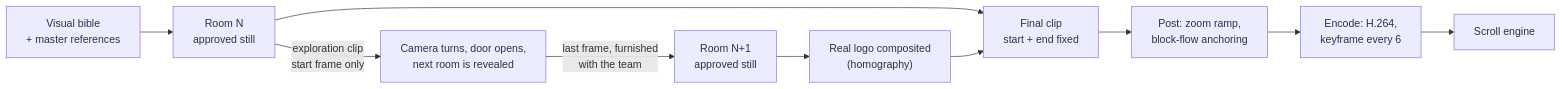
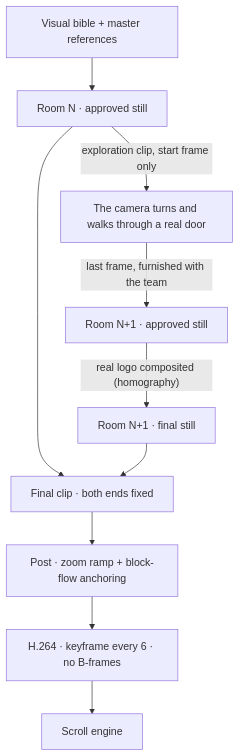
The first of 2 diagrams in README.md (danielbrosed/cesea-sistemas-case-study), drawn with Mermaid before and after one commit.

Commit message:
Lay out the production pipeline diagram vertically

````diff
--- a/README.md
+++ b/README.md
@@ -64,12 +64,12 @@
 ```mermaid
-flowchart LR
-  B["Visual bible<br/>+ master references"] --> K0["Room N<br/>approved still"]
-  K0 -->|"exploration clip<br/>start frame only"| X["Camera turns, door opens,<br/>next room is revealed"]
-  X -->|"last frame, furnished<br/>with the team"| K1["Room N+1<br/>approved still"]
-  K1 --> L["Real logo composited<br/>(homography)"]
-  K0 --> F["Final clip<br/>start + end fixed"]
+flowchart TB
+  B["Visual bible + master references"] --> K0["Room N · approved still"]
+  K0 -->|"exploration clip, start frame only"| X["The camera turns and walks through a real door"]
+  X -->|"last frame, furnished with the team"| K1["Room N+1 · approved still"]
+  K1 -->|"real logo composited (homography)"| L["Room N+1 · final still"]
+  K0 --> F["Final clip · both ends fixed"]
   L --> F
-  F --> P["Post: zoom ramp,<br/>block-flow anchoring"]
-  P --> E["Encode: H.264,<br/>keyframe every 6"]
+  F --> P["Post · zoom ramp + block-flow anchoring"]
+  P --> E["H.264 · keyframe every 6 · no B-frames"]
   E --> W["Scroll engine"]
 ```
````
